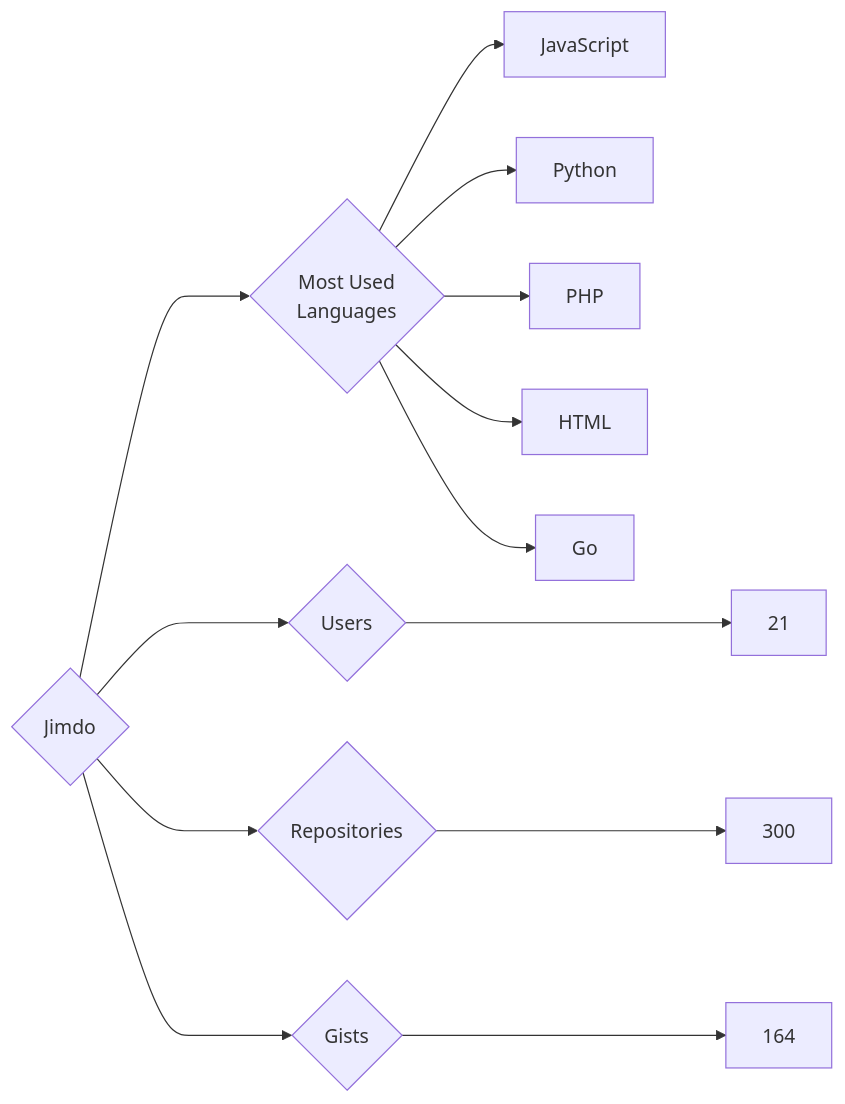
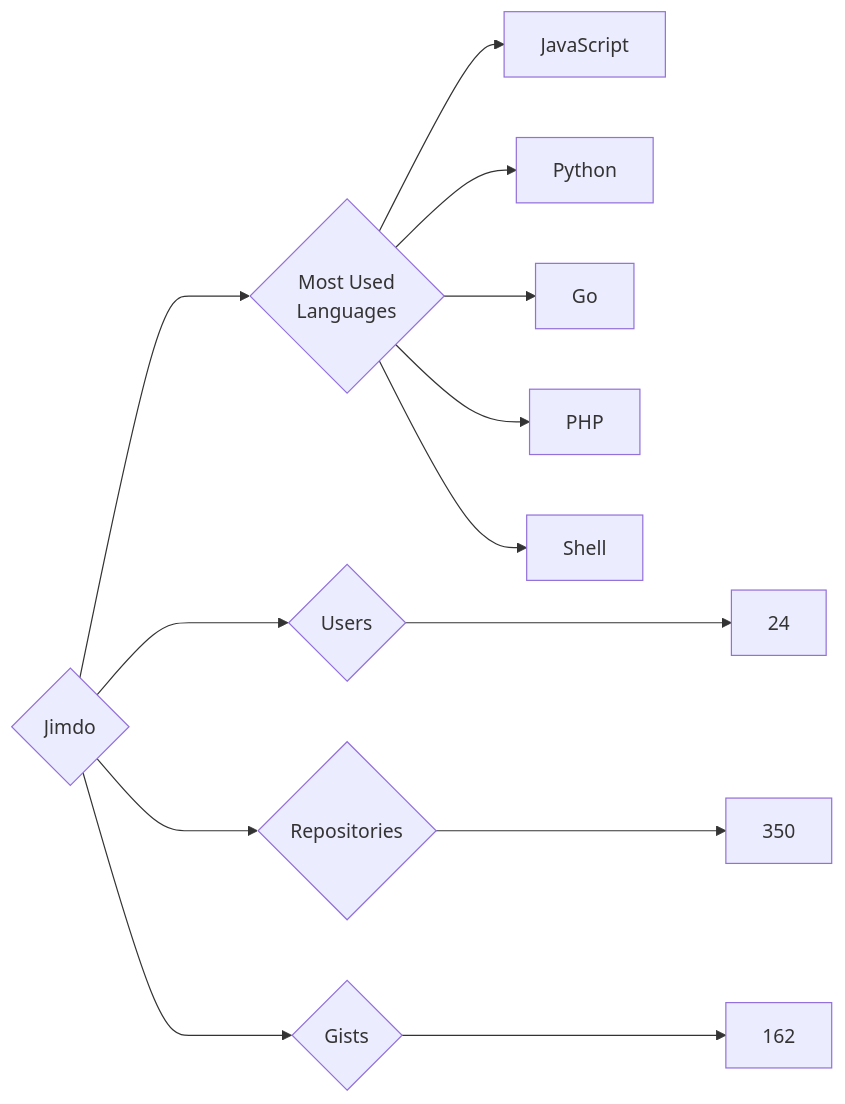
The diagram in targets/Jimdo/README.md (trickest/insiders), drawn with Mermaid before and after one commit. The commit also changed 912 other files, not shown here.

````diff
--- a/targets/Jimdo/README.md
+++ b/targets/Jimdo/README.md
@@ -3,13 +3,13 @@
 ```mermaid
 graph LR
 COMPANY_NAME{Jimdo}
-COMPANY_NAME ---> U{Users} ---> UN[21]
-COMPANY_NAME ---> R{Repositories} ---> RN[300]
-COMPANY_NAME ---> G{Gists} ---> GN[164]
+COMPANY_NAME ---> U{Users} ---> UN[24]
+COMPANY_NAME ---> R{Repositories} ---> RN[350]
+COMPANY_NAME ---> G{Gists} ---> GN[162]
 COMPANY_NAME ---> ML{Most Used<br>Languages}
 ML --> JavaScript[JavaScript]
 ML --> Python[Python]
+ML --> Go[Go]
 ML --> PHP[PHP]
-ML --> HTML[HTML]
-ML --> Go[Go]
+ML --> Shell[Shell]
 ```
````
